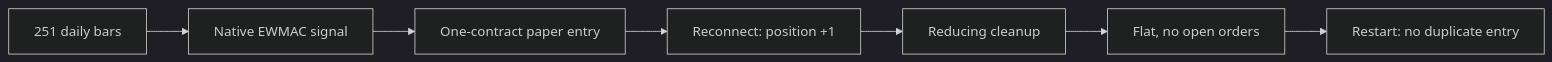
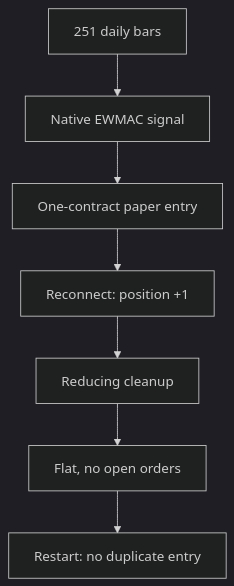
Before and after one commit to NicholasFarrar2004/autonomous-trading-research: the diagram in README.md, drawn with Mermaid (dark theme).

Commit message:
Improve diagram readability

````diff
--- a/README.md
+++ b/README.md
@@ -22,9 +22,9 @@
 ```mermaid
-flowchart LR
+flowchart TD
  A[251 daily bars] --> B[Native EWMAC signal]
  B --> C[One-contract paper entry]
  C --> D[Reconnect: position +1]
  D --> E[Reducing cleanup]
  E --> F[Flat, no open orders]
  F --> G[Restart: no duplicate entry]
 ```
````
